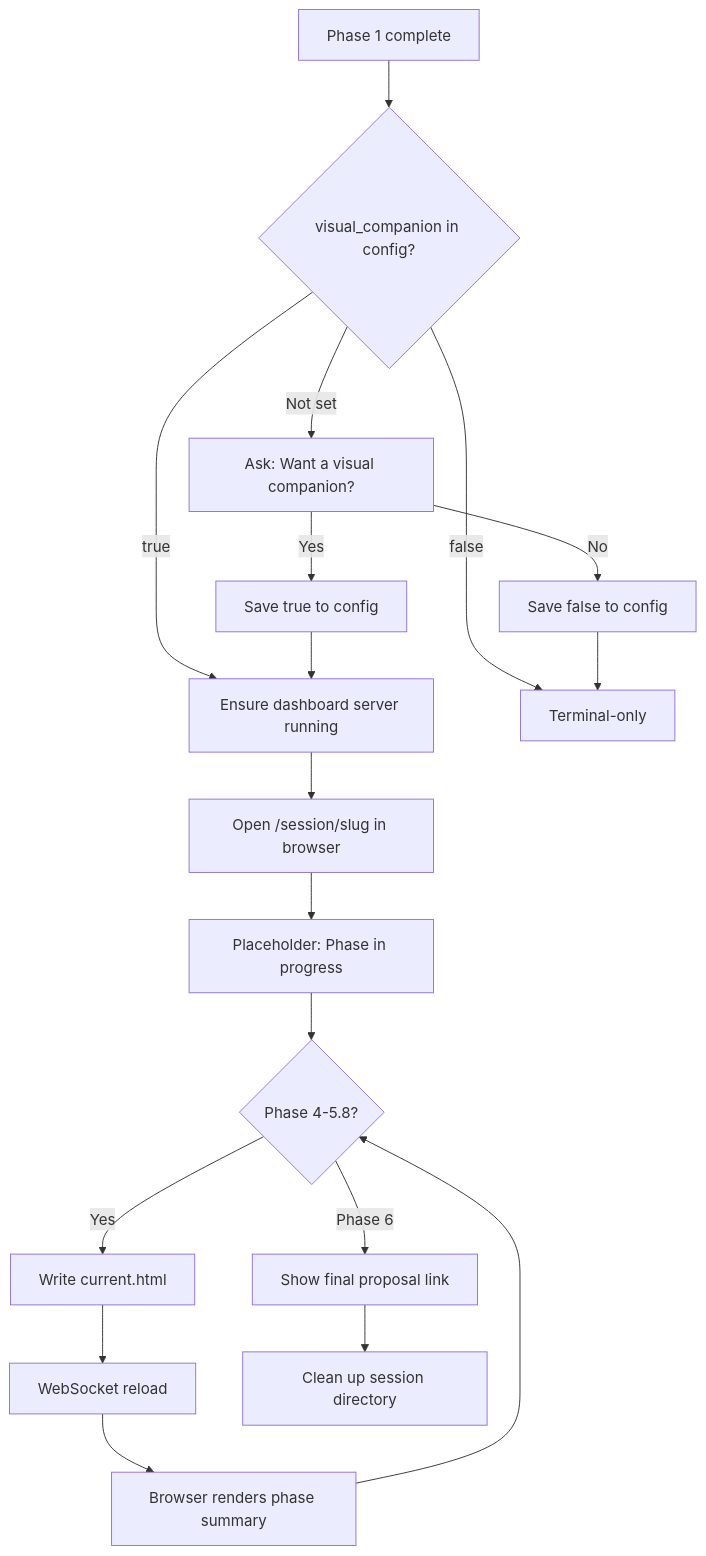
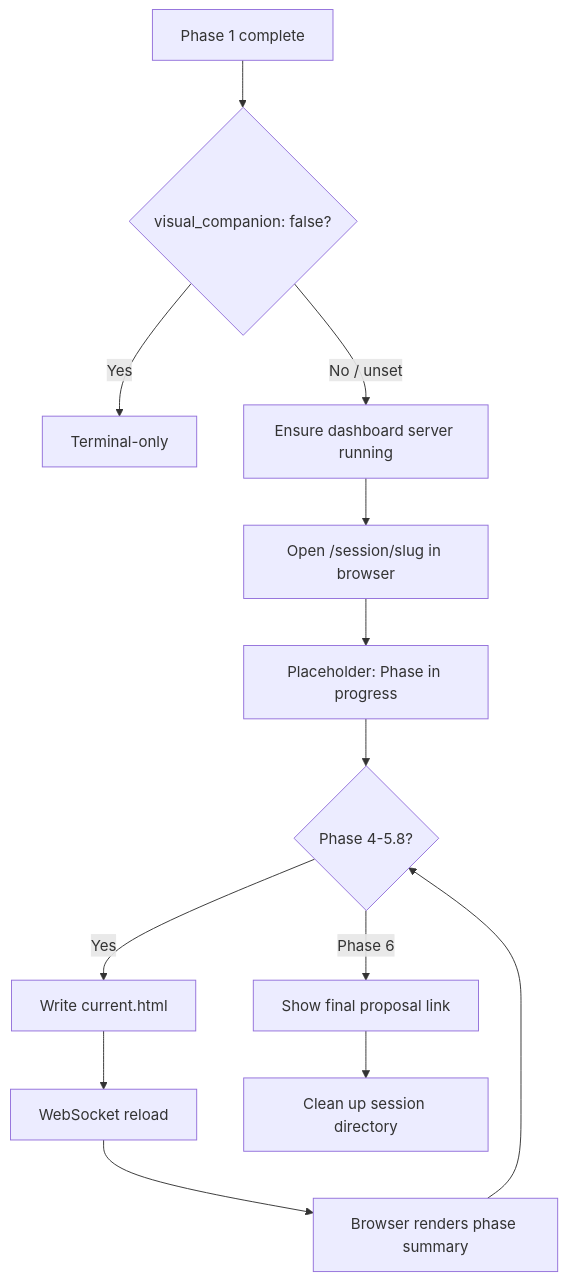
Before and after one commit to soelinmyat/pm: the diagram in pm/backlog/groom-visual-companion.md, drawn with Mermaid. The commit also changed other lines of this file and 16 other files, not shown here.

First line of the commit message:
feat: proposal IDs, stable port reuse, dashboard-first groom reframing

````diff
--- a/pm/backlog/groom-visual-companion.md
+++ b/pm/backlog/groom-visual-companion.md
@@ -39,21 +39,16 @@
 ```mermaid
 graph TD
-    A[Phase 1 complete] --> B{visual_companion in config?}
-    B -->|Not set| C[Ask: Want a visual companion?]
-    B -->|true| E[Ensure dashboard server running]
-    B -->|false| D[Terminal-only]
-    C -->|Yes| F[Save true to config]
-    C -->|No| G[Save false to config]
-    G --> D
-    F --> E
+    A[Phase 1 complete] --> B{visual_companion: false?}
+    B -->|Yes| D[Terminal-only]
+    B -->|No / unset| E[Ensure dashboard server running]
     E --> H[Open /session/slug in browser]
     H --> I[Placeholder: Phase in progress]
     I --> J{Phase 4-5.8?}
     J -->|Yes| K[Write current.html]
     K --> L[WebSocket reload]
     L --> M[Browser renders phase summary]
     M --> J
     J -->|Phase 6| N[Show final proposal link]
     N --> O[Clean up session directory]
-    %% Source: pm/research/groom-visual-companion/findings.md — Playwright --ui opt-in pattern
+    %% Source: pm/research/groom-visual-companion/findings.md — dashboard-first default
 ```
````
